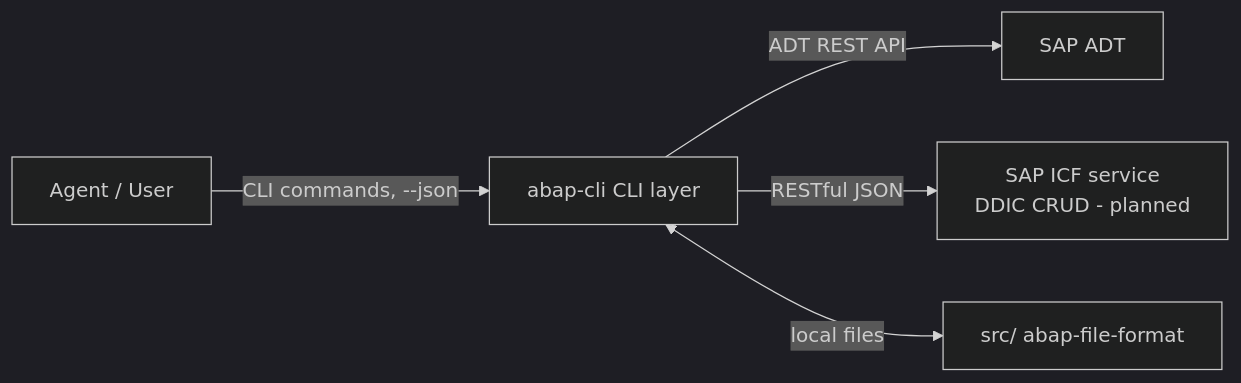
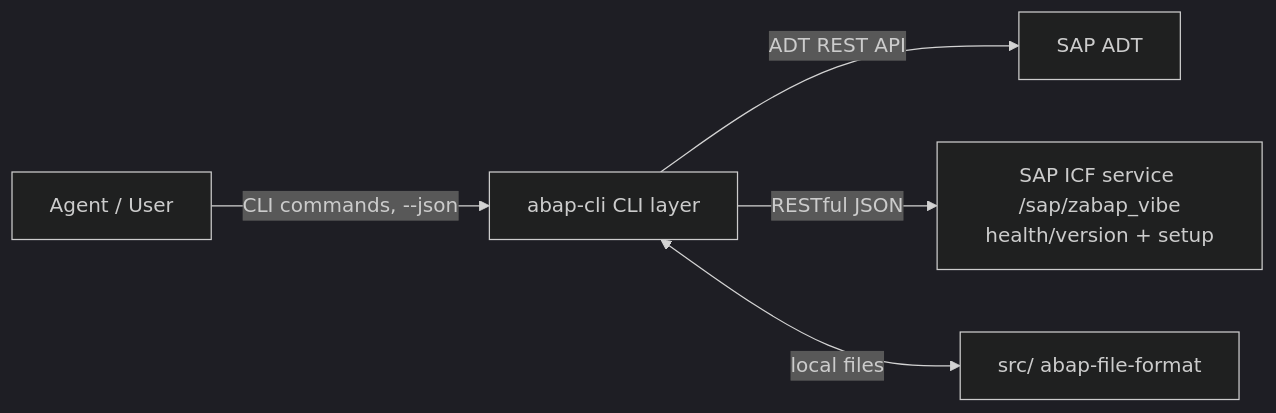
One commit to chunrichi/abap-cli changed the diagram in docs/architecture.md. Above: the diagram before and after it, drawn with Mermaid (dark theme). The commit also changed other lines of this file and 25 other files, not shown here.

````diff
--- a/docs/architecture.md
+++ b/docs/architecture.md
@@ -13,7 +13,7 @@
 ```mermaid
 graph LR
     A[Agent / User] -->|CLI commands, --json| C[abap-cli CLI layer]
     C -->|ADT REST API| S1[SAP ADT]
-    C -->|RESTful JSON| S2[SAP ICF service<br/>DDIC CRUD - planned]
+    C -->|RESTful JSON| S2[SAP ICF service /sap/zabap_vibe<br/>health/version + setup]
     C <-->|local files| F[src/ abap-file-format]
 ```
````
